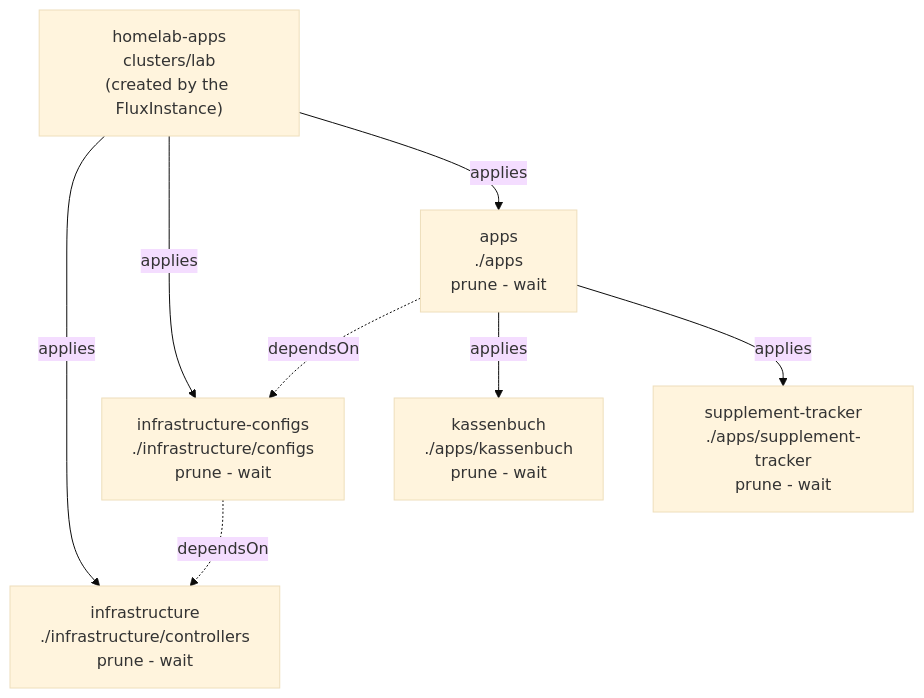
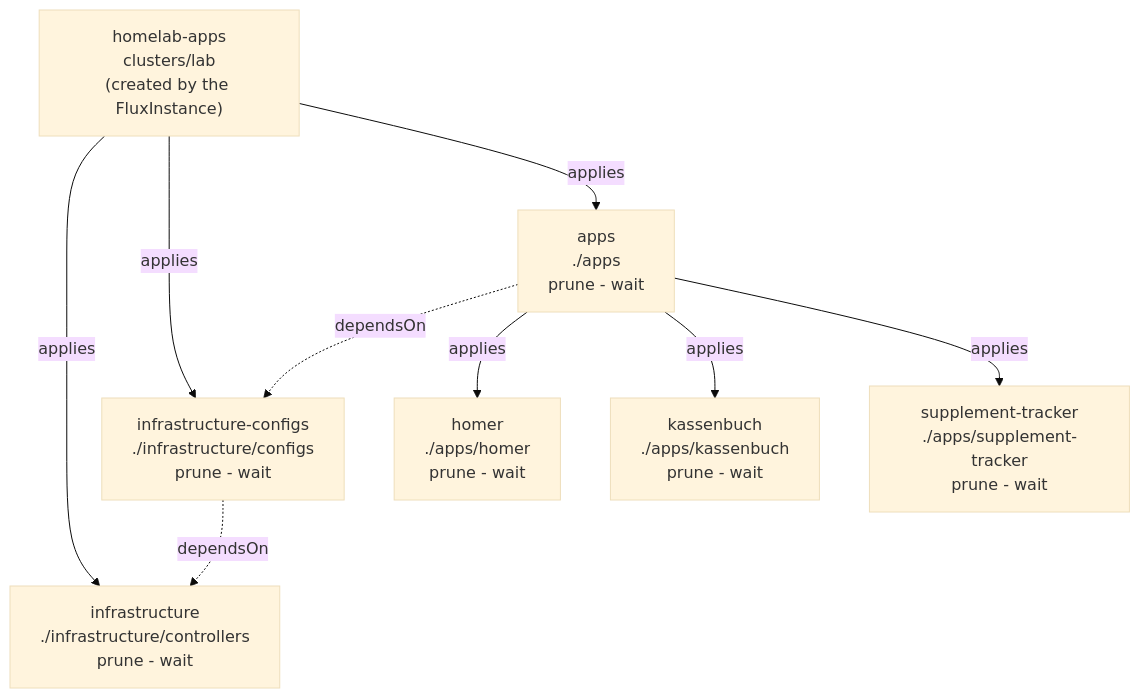
The diagram in README.md (Sojamann/homelab-apps), drawn with Mermaid (base theme) before and after one commit. The commit also changed other lines of this file and 8 other files, not shown here.

````diff
--- a/README.md
+++ b/README.md
@@ -17,14 +17,15 @@
 ```mermaid
 graph TD
   ROOT["homelab-apps<br/>clusters/lab<br/>(created by the FluxInstance)"]
 
   ROOT -->|applies| INFRA["infrastructure<br/>./infrastructure/controllers<br/>prune - wait"]
   ROOT -->|applies| CFG["infrastructure-configs<br/>./infrastructure/configs<br/>prune - wait"]
   ROOT -->|applies| APPS["apps<br/>./apps<br/>prune - wait"]
 
   CFG -.->|dependsOn| INFRA
   APPS -.->|dependsOn| CFG
 
+  APPS -->|applies| HM["homer<br/>./apps/homer<br/>prune - wait"]
   APPS -->|applies| KB["kassenbuch<br/>./apps/kassenbuch<br/>prune - wait"]
   APPS -->|applies| ST["supplement-tracker<br/>./apps/supplement-tracker<br/>prune - wait"]
 ```
````
